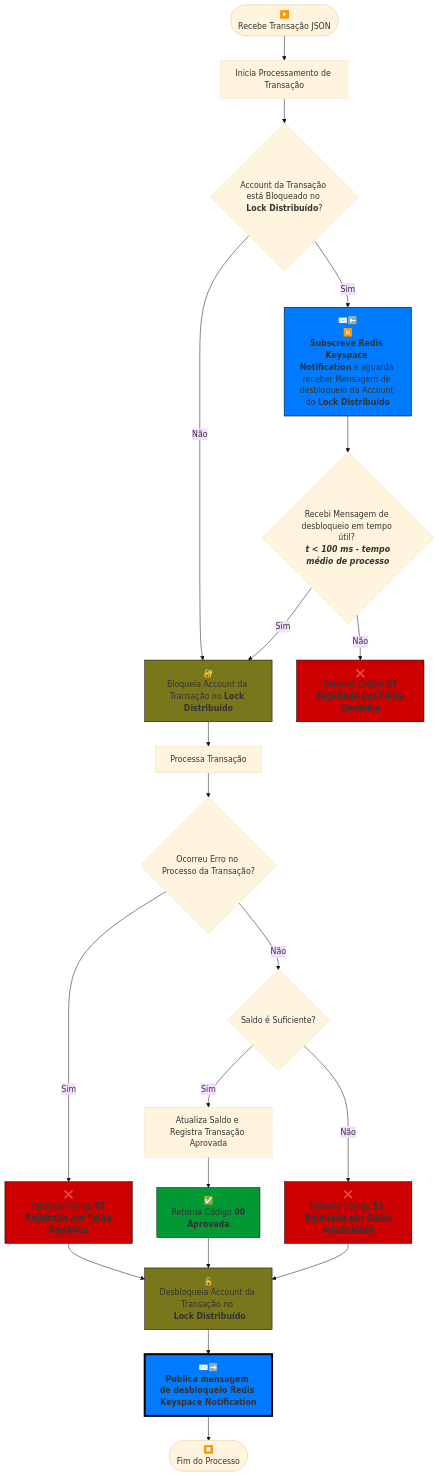
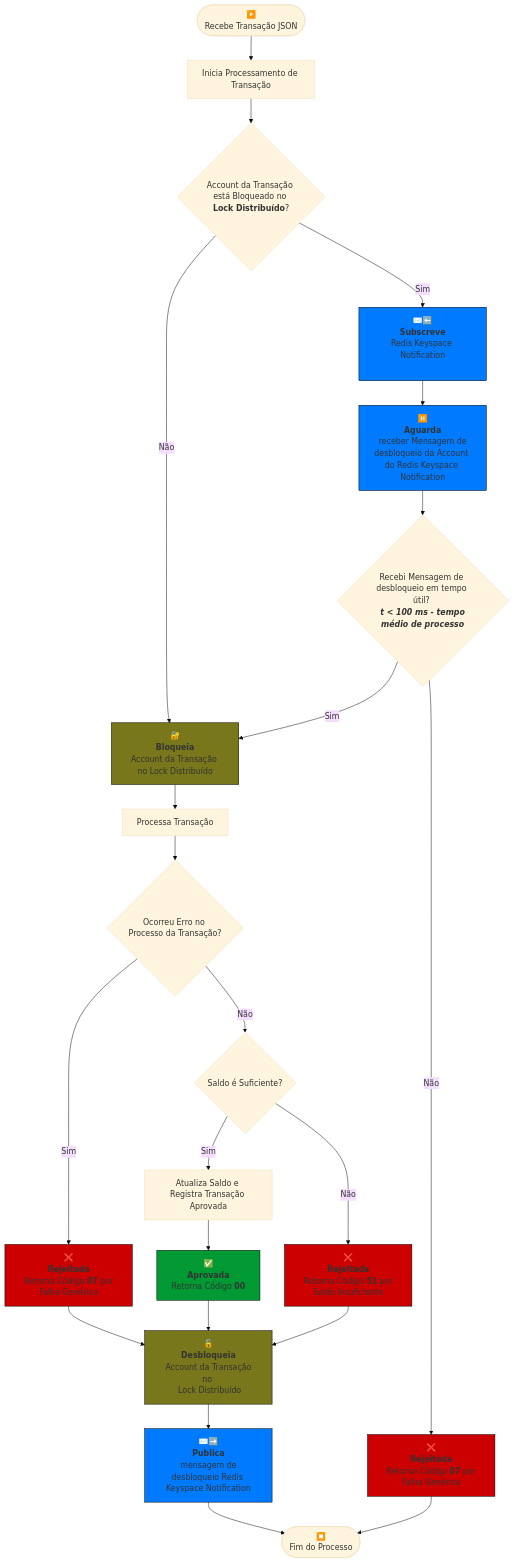
Before and after one commit to marciovmartins/jtonynet-go-payments-api: the third of 3 diagrams in README.md, drawn with Mermaid (base theme). The commit also changed other lines of this file and 4 other files, not shown here.

Commit message:
feat(doc): ADR 003, melhorias no readme e adicionado diagrama miro

````diff
--- a/README.md
+++ b/README.md
@@ -589,41 +589,43 @@
 ```mermaid
 flowchart TD
     A([▶️<br/>Recebe Transação JSON]) --> B[Inicia Processamento de Transação]
     B --> C{Account da Transação está Bloqueado no <b>Lock Distribuído</b>?}
     
-    C -- Não --> D[🔐<br/>Bloqueia Account da Transação no <b>Lock Distribuído</b>]
+    C -- Não --> D[🔐<br/><b>Bloqueia</b><br/>Account da Transação no Lock Distribuído]
     D  --> E[Processa Transação]
 
-    C -- Sim --> M[✉️⬅️<br/>⏸️<br/><b>Subscreve Redis Keyspace Notification</b> e aguarda receber Mensagem de desbloqueio da Account do <b>Lock Distribuído</b>]
-    M --> N{Recebi Mensagem de desbloqueio em tempo útil? <br/> <b><i>t<i> < 100 ms - tempo médio de processo</b>}
+    C -- Sim --> M[✉️⬅️<br/><b>Subscreve</b><br/>Redis Keyspace Notification<br/><br/> ]
+    M --> R[⏸️<br/><b>Aguarda</b><br> receber Mensagem de desbloqueio da Account do Redis Keyspace Notification]
+    R --> N{Recebi Mensagem de desbloqueio em tempo útil? <br/> <b><i>t<i> < 100 ms - tempo médio de processo</b>}
     N -- Sim --> D
-    N -- Não --> O[❌<br/>Retorna Código <b>07<br/> Rejeitada por Falha Genérica</b>]
+    N -- Não --> O[❌<br/><b>Rejeitada</b><br/> Retorna Código <b>07</b> por Falha Genérica</b>]
 
     E --> F{Ocorreu Erro no Processo da Transação?}
     F -- Não --> G{Saldo é Suficiente?}
-    F -- Sim --> K[❌<br/>Retorna Código <b>07<br/> Rejeitada por Falha Genérica</b>]
+    F -- Sim --> K[❌<br/><b>Rejeitada</b><br/> Retorna Código <b>07</b> por Falha Genérica</b>]
     K --> J
     
     G -- Sim --> H[Atualiza Saldo e Registra Transação Aprovada]
-    H --> I[✅<br>Retorna Código <b>00 <br/> Aprovada</b>]
-    I --> J[🔓<br/>Desbloqueia Account da Transação no <br> <b>Lock Distribuído</b>]
+    H --> I[✅<br/><b>Aprovada</b><br/> Retorna Código <b>00</b>]
+    I --> J[🔓<br/><b>Desbloqueia</b><br/> Account da Transação no <br> Lock Distribuído]
 
-    G -- Não --> L[❌<br/>Retorna Código <b>51 <br/> Rejeitada por Saldo Insuficiente</b>]
+    G -- Não --> L[❌<br/><b>Rejeitada</b><br/> Retorna Código <b>51</b> por Saldo Insuficiente</b>]
     L --> J
 
-    J --> P[✉️➡️<br/><b>Publica mensagem de desbloqueio Redis Keyspace Notification</b>]
+    J --> P[✉️➡️<br/><b>Publica</b><br/> mensagem de desbloqueio Redis Keyspace Notification]
     P --> Q([⏹️<br/>Fim do Processo])
+    O --> Q
 
     style D fill:#78771b,stroke:#000
     style I fill:#009933,stroke:#000
 
     style L fill:#cc0000,stroke:#000
     style K fill:#cc0000,stroke:#000
     style O fill:#cc0000,stroke:#000
 
     style M fill:#007bff,stroke:#000
+    style R fill:#007bff,stroke:#000
 
     style J fill:#78771b,stroke:#000
-    style P fill:#007bff,stroke:#000,stroke-width:4px
-
+    style P fill:#007bff,stroke:#000
 ```
````
